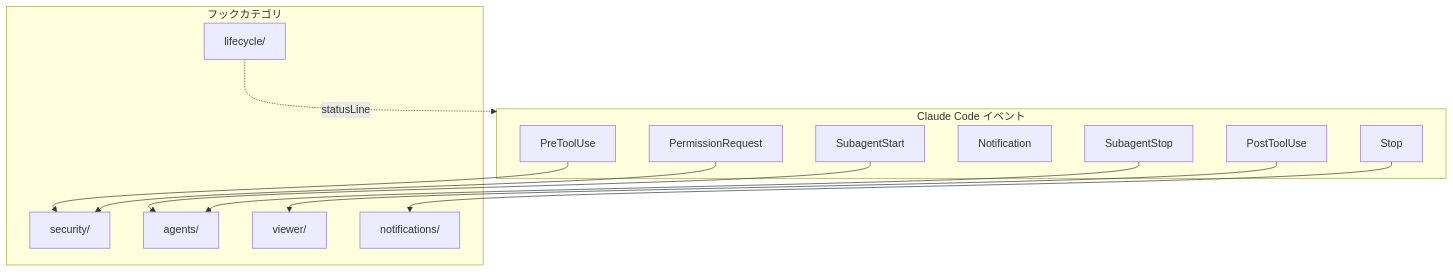
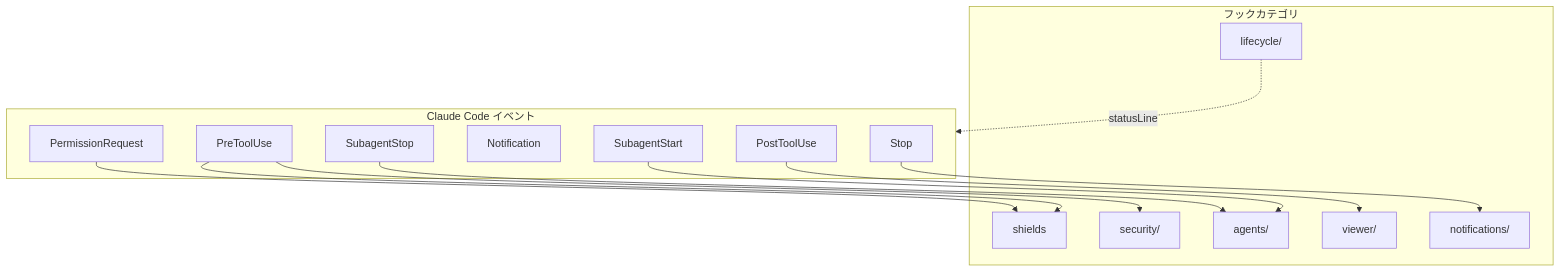
One commit to thkt/dotclaude changed the first of 3 diagrams in .ja/docs/HOOKS.md. Above: the diagram before and after it, drawn with Mermaid. The commit also changed other lines of this file and 7 other files, not shown here.

````diff
--- a/.ja/docs/HOOKS.md
+++ b/.ja/docs/HOOKS.md
@@ -9,28 +9,30 @@
 ```mermaid
 graph TD
     subgraph Events["Claude Code イベント"]
         PRE[PreToolUse]
         POST[PostToolUse]
         PERM[PermissionRequest]
         NOTIFY[Notification]
         STOP[Stop]
         SUB_START[SubagentStart]
         SUB_STOP[SubagentStop]
     end
 
     subgraph Hooks["フックカテゴリ"]
+        SHIELDS[shields]
         SEC[security/]
         LIFE[lifecycle/]
         AGENTS[agents/]
         VIEWER[viewer/]
         NOTIFY_H[notifications/]
     end
 
+    PRE --> SHIELDS
+    POST --> VIEWER
+    PERM --> SHIELDS
     PRE --> SEC
-    POST --> VIEWER
-    PERM --> SEC
     STOP --> NOTIFY_H
     SUB_START --> AGENTS
     SUB_STOP --> AGENTS
     LIFE -.->|statusLine| Events
 ```
````
